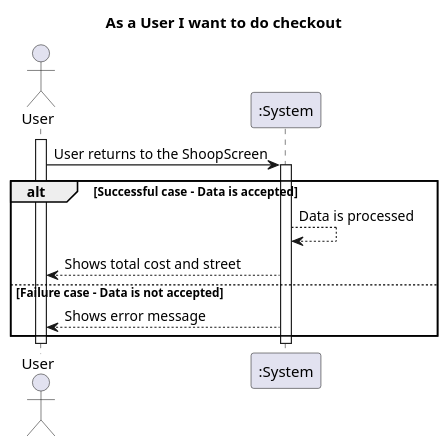
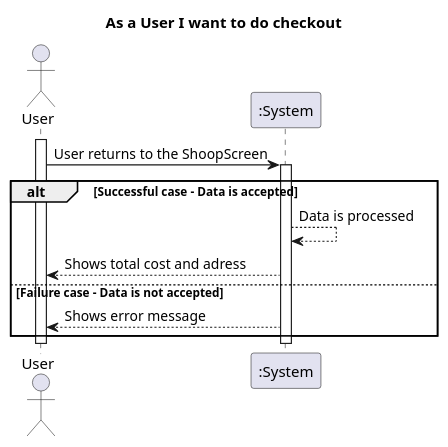
The diagram in OnlineSupertmarket/docs/US/US10/SSD.puml (IsepMartimOliveira/DSSMV_ProjectReact_1181754), drawn with PlantUML before and after one commit. The commit also changed 4 other files, not shown here.

```diff
--- a/OnlineSupertmarket/docs/US/US10/SSD.puml
+++ b/OnlineSupertmarket/docs/US/US10/SSD.puml
@@ -1,18 +1,18 @@
 @startuml
 actor User as MD
 title As a User I want to do checkout
 activate MD
 
 MD -> ":System" : User returns to the ShoopScreen
 activate ":System"
 
 alt Successful case - Data is accepted
     ":System" --> ":System" : Data is processed
-    ":System" --> MD : Shows total cost and street
+    ":System" --> MD : Shows total cost and adress
 else Failure case - Data is not accepted
     ":System" --> MD : Shows error message
 end
 
 deactivate ":System"
 deactivate MD
 @enduml
```
